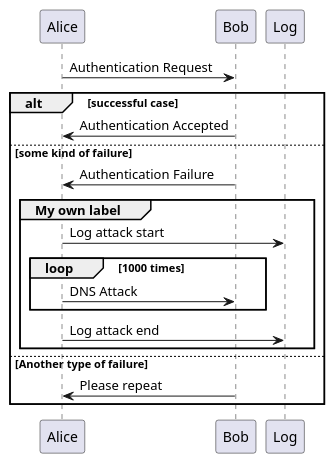
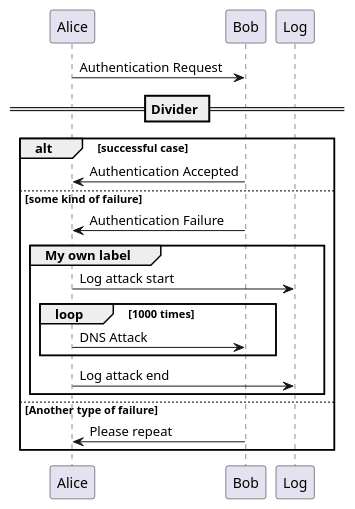
The diagram in asciidoctor-editor-other/testscripts/diagrams/sequence-diagram-7.puml (de-jcup/eclipse-asciidoctor-editor), drawn with PlantUML before and after one commit. The commit also changed 16 other files, not shown here.

First line of the commit message:
Improve syntax highlighting for plantuml #302

```diff
--- a/asciidoctor-editor-other/testscripts/diagrams/sequence-diagram-7.puml
+++ b/asciidoctor-editor-other/testscripts/diagrams/sequence-diagram-7.puml
@@ -1,22 +1,22 @@
 Alice -> Bob: Authentication Request
-
+== Divider ==
 alt successful case
 
     Bob -> Alice: Authentication Accepted
     
 else some kind of failure
 
     Bob -> Alice: Authentication Failure
     group My own label
         Alice -> Log : Log attack start
         loop 1000 times
             Alice -> Bob: DNS Attack
         end
         Alice -> Log : Log attack end
     end
     
 else Another type of failure
 
    Bob -> Alice: Please repeat
    
 end
```
